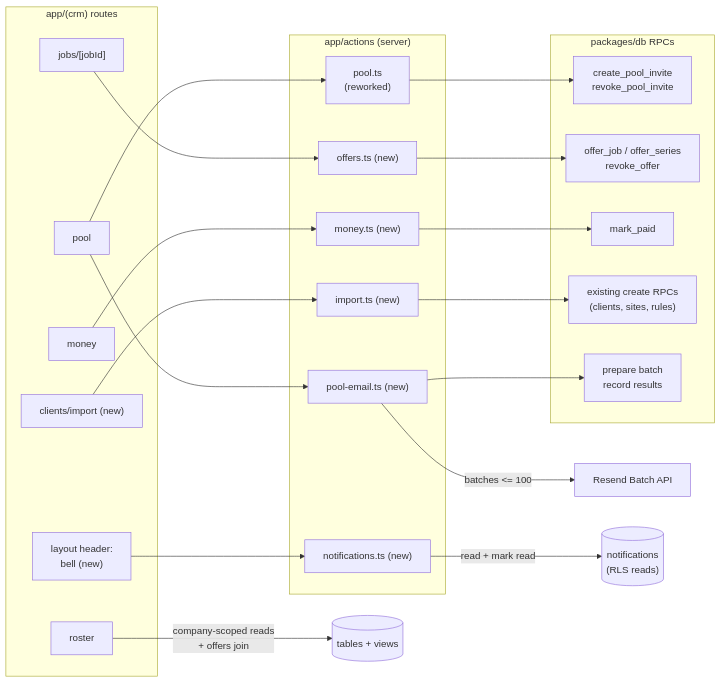
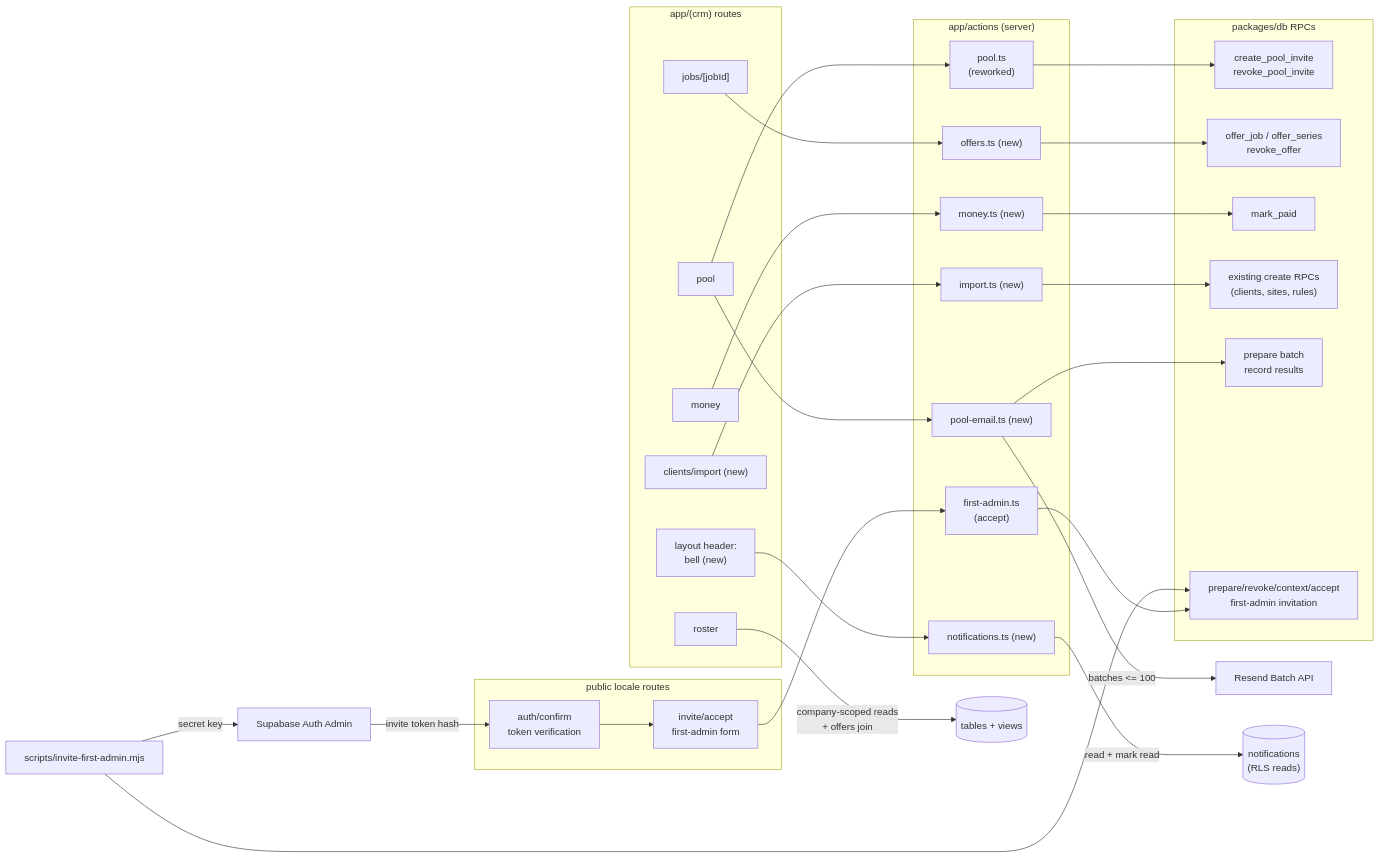
The first of 4 diagrams in docs/design/phase-a-adoption/lld-crm.md (lspinheiro/clean_app_crm), drawn with Mermaid before and after one commit. The commit also changed other lines of this file and 29 other files, not shown here.

````diff
--- a/docs/design/phase-a-adoption/lld-crm.md
+++ b/docs/design/phase-a-adoption/lld-crm.md
@@ -37,34 +50,44 @@
 ```mermaid
 flowchart LR
     subgraph routes["app/(crm) routes"]
         RPOOL["pool"]
         RJOB["jobs/[jobId]"]
         RROSTER["roster"]
         RMONEY["money"]
         RIMP["clients/import (new)"]
         RBELL["layout header:<br/>bell (new)"]
     end
+    subgraph publicRoutes["public locale routes"]
+        RCONF["auth/confirm<br/>token verification"]
+        RACCEPT["invite/accept<br/>first-admin form"]
+    end
+    FCLI["scripts/invite-first-admin.mjs"]
     subgraph actions["app/actions (server)"]
         APOOL["pool.ts<br/>(reworked)"]
         AOFF["offers.ts (new)"]
         AMONEY["money.ts (new)"]
         AIMP["import.ts (new)"]
         ANOTIF["notifications.ts (new)"]
         AEMAIL["pool-email.ts (new)"]
+        AADMIN["first-admin.ts<br/>(accept)"]
     end
     subgraph rpcs["packages/db RPCs"]
         R1["create_pool_invite<br/>revoke_pool_invite"]
         R2["offer_job / offer_series<br/>revoke_offer"]
         R3["mark_paid"]
         R4["existing create RPCs<br/>(clients, sites, rules)"]
         R5["prepare batch<br/>record results"]
+        R6["prepare/revoke/context/accept<br/>first-admin invitation"]
     end
+    FCLI -->|"secret key"| SAUTH["Supabase Auth Admin"]
+    FCLI --> R6
+    SAUTH -->|"invite token hash"| RCONF --> RACCEPT --> AADMIN --> R6
     RPOOL --> APOOL --> R1
     RJOB --> AOFF --> R2
     RMONEY --> AMONEY --> R3
     RIMP --> AIMP --> R4
     RPOOL --> AEMAIL --> R5
     AEMAIL -->|"batches <= 100"| RESEND["Resend Batch API"]
     RBELL --> ANOTIF -->|read + mark read| NDB[("notifications<br/>(RLS reads)")]
     RROSTER -->|company-scoped reads<br/>+ offers join| VDB[("tables + views")]
 ```
````
